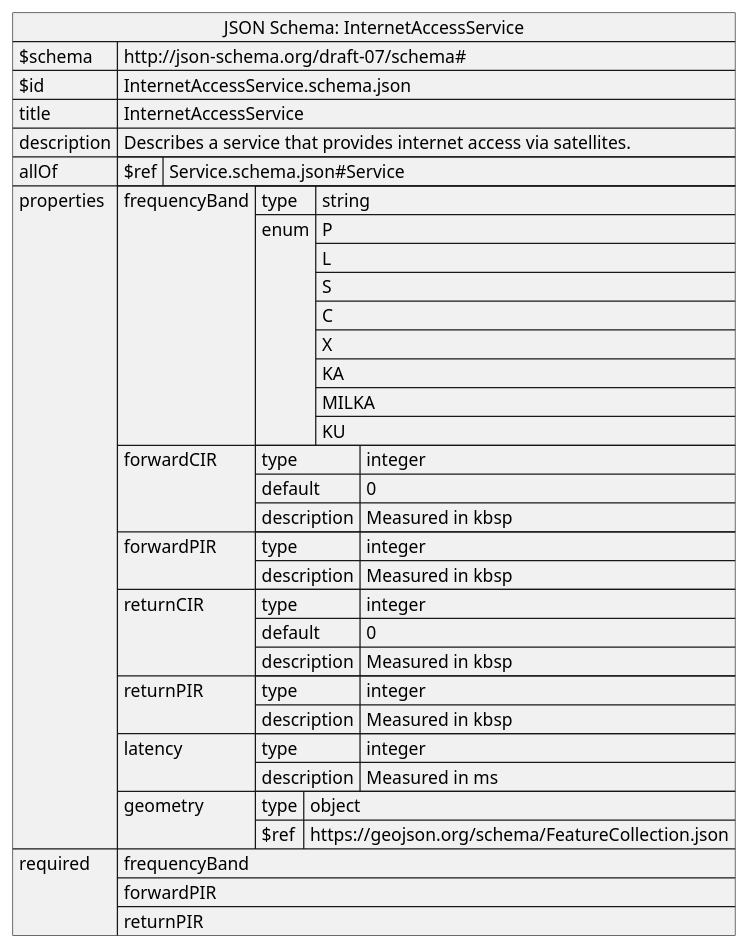
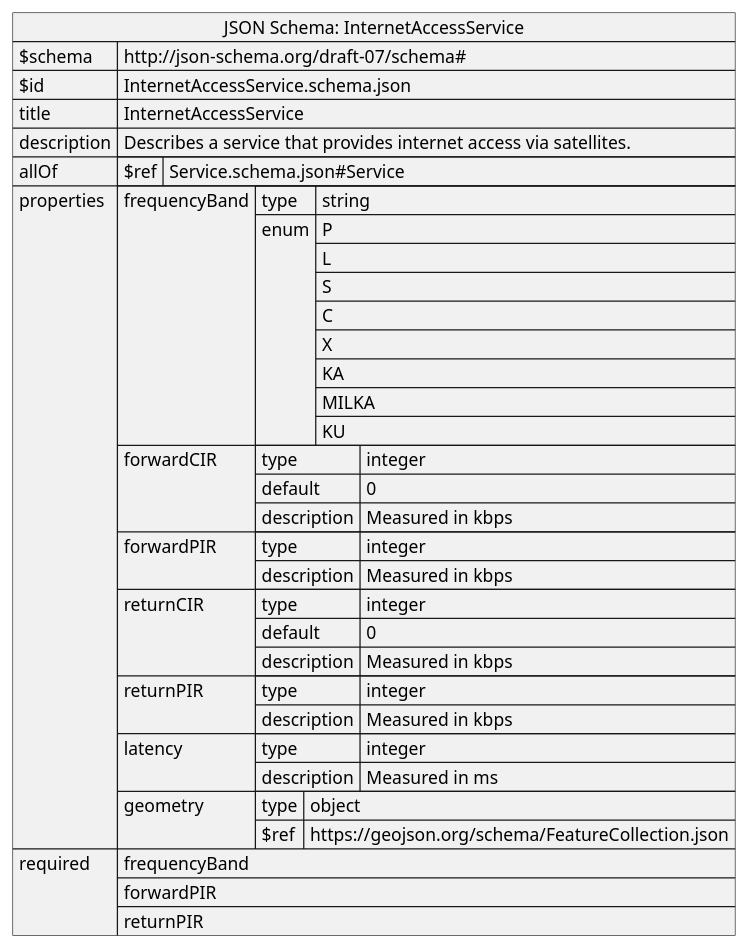
Diagram 11 of 12 in doc/PSI/PSI-ICD/characteristics.md (psi-consortium/psi), drawn with PlantUML before and after one commit. The commit also changed other lines of this file and 926 other files, not shown here.

````diff
--- a/doc/PSI/PSI-ICD/characteristics.md
+++ b/doc/PSI/PSI-ICD/characteristics.md
@@ -527,44 +527,44 @@
 ```plantuml
 @startuml
 json "JSON Schema: InternetAccessService" as prodSchema {
     "$schema": "http://json-schema.org/draft-07/schema#",
     "$id": "InternetAccessService.schema.json",
     "title": "InternetAccessService",
     "description": "Describes a service that provides internet access via satellites.",
     "allOf": [{ "$ref": "Service.schema.json#Service" }],
     "properties": {
         "frequencyBand": {
             "type": "string",
             "enum": ["P", "L", "S", "C", "X", "KA", "MILKA", "KU"]
         },
         "forwardCIR": {
             "type": "integer",
             "default": 0,
-            "description": "Measured in kbsp"
+            "description": "Measured in kbps"
         },
         "forwardPIR": {
             "type": "integer",
-            "description": "Measured in kbsp"
+            "description": "Measured in kbps"
         },
         "returnCIR": {
             "type": "integer",
             "default": 0,
-            "description": "Measured in kbsp"
+            "description": "Measured in kbps"
         },
         "returnPIR": {
             "type": "integer",
-            "description": "Measured in kbsp"
+            "description": "Measured in kbps"
         },
         "latency": {
             "type": "integer",
             "description": "Measured in ms"
         },
         "geometry": {
             "type": "object",
             "$ref": "https://geojson.org/schema/FeatureCollection.json"
         }
     },
     "required": ["frequencyBand", "forwardPIR", "returnPIR"]
 }
 @enduml
 ```
````
